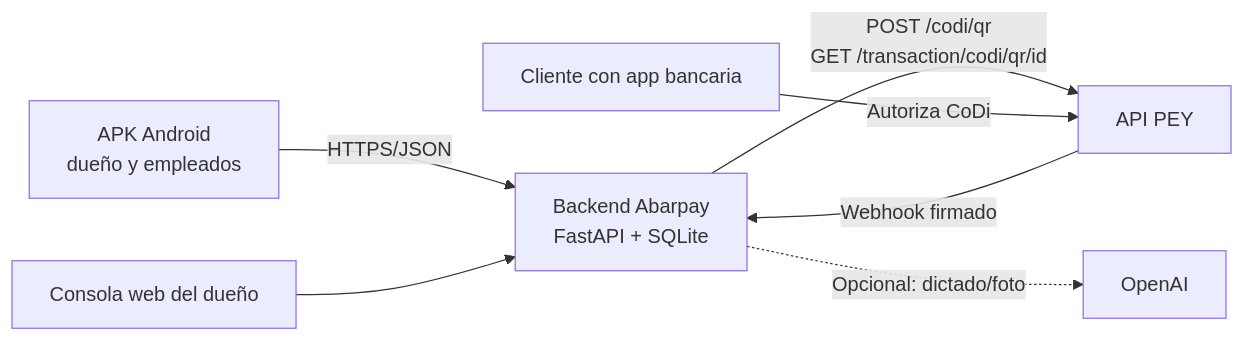
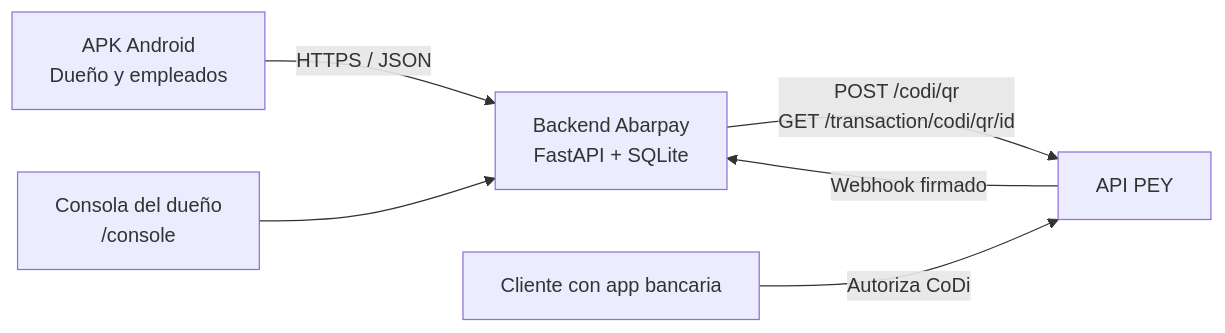
The diagram in README.md (carlosgdelvalle/tienditapp), drawn with Mermaid before and after one commit. The commit also changed other lines of this file and 1 other file, not shown here.

````diff
--- a/README.md
+++ b/README.md
@@ -45,12 +24,8 @@
 ```mermaid
 flowchart LR
-    A[APK Android
-dueño y empleados] -->|HTTPS/JSON| B[Backend Abarpay
-FastAPI + SQLite]
-    W[Consola web del dueño] --> B
-    B -->|POST /codi/qr
-GET /transaction/codi/qr/id| P[API PEY]
+    A[APK Android<br/>Dueño y empleados] -->|HTTPS / JSON| B[Backend Abarpay<br/>FastAPI + SQLite]
+    C[Consola del dueño<br/>/console] --> B
+    B -->|POST /codi/qr<br/>GET /transaction/codi/qr/id| P[API PEY]
     P -->|Webhook firmado| B
-    C[Cliente con app bancaria] -->|Autoriza CoDi| P
-    B -.->|Opcional: dictado/foto| O[OpenAI]
+    D[Cliente con app bancaria] -->|Autoriza CoDi| P
 ```
````
